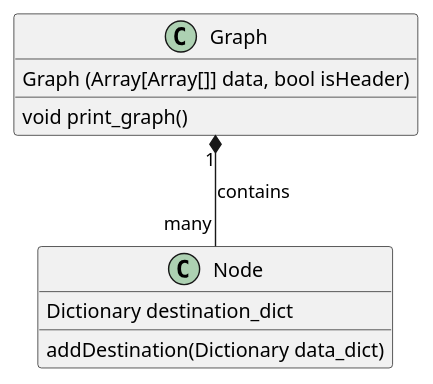
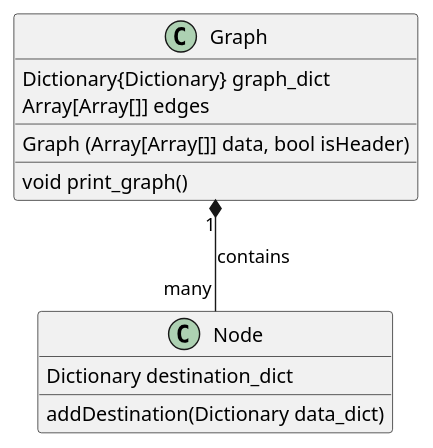
Before and after one commit to van12809957/vf-upou-dcs: the diagram in components.puml, drawn with PlantUML. The commit also changed 2 other files, not shown here.

```diff
--- a/components.puml
+++ b/components.puml
@@ -1,17 +1,20 @@
 @startuml UrbanTransportPlanning
 
 class Graph {
+    Dictionary{Dictionary} graph_dict
+    Array[Array[]] edges
+    __
     Graph (Array[Array[]] data, bool isHeader) 
     __
     void print_graph()
 } 
 
 Graph "1"*-- "many" Node : contains 
 
 class Node {
    Dictionary destination_dict
    __
    addDestination(Dictionary data_dict)
 }
 
 @enduml 
```
